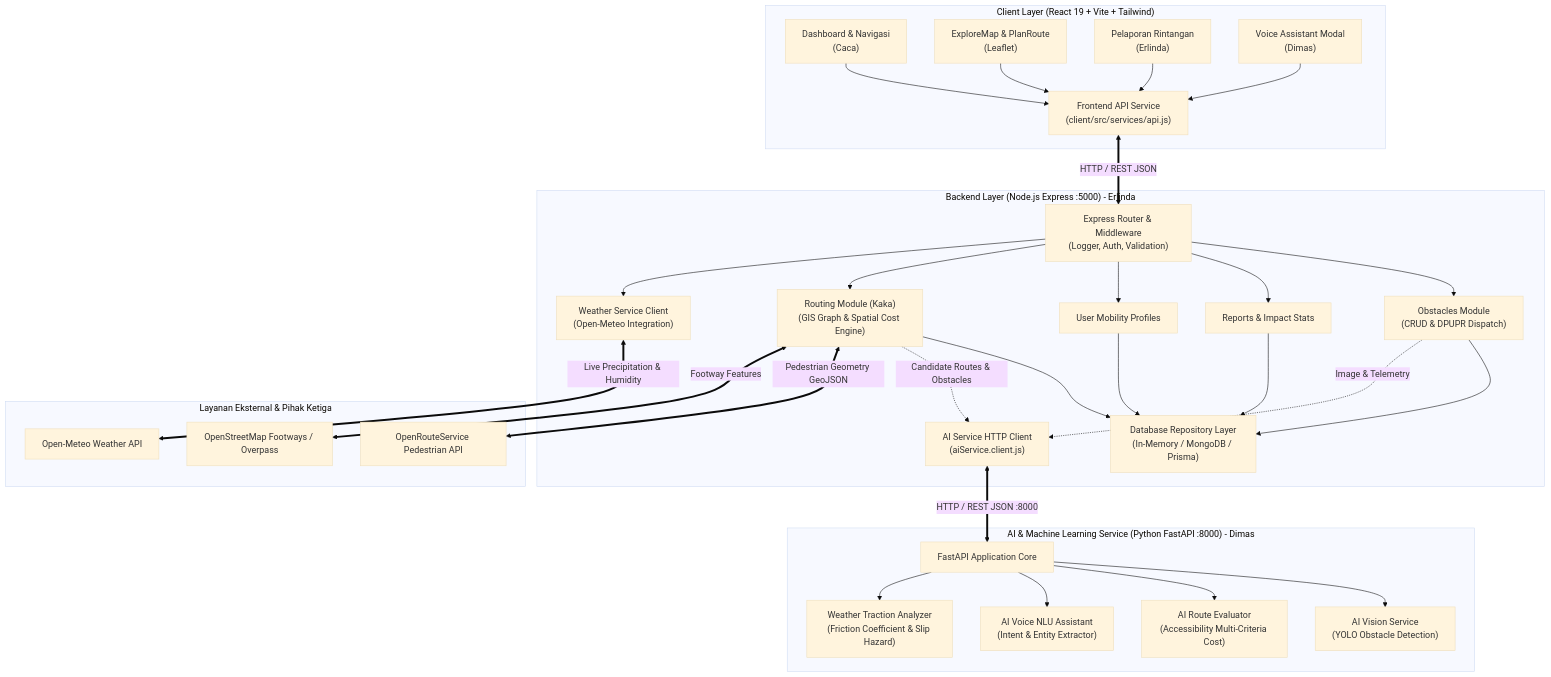
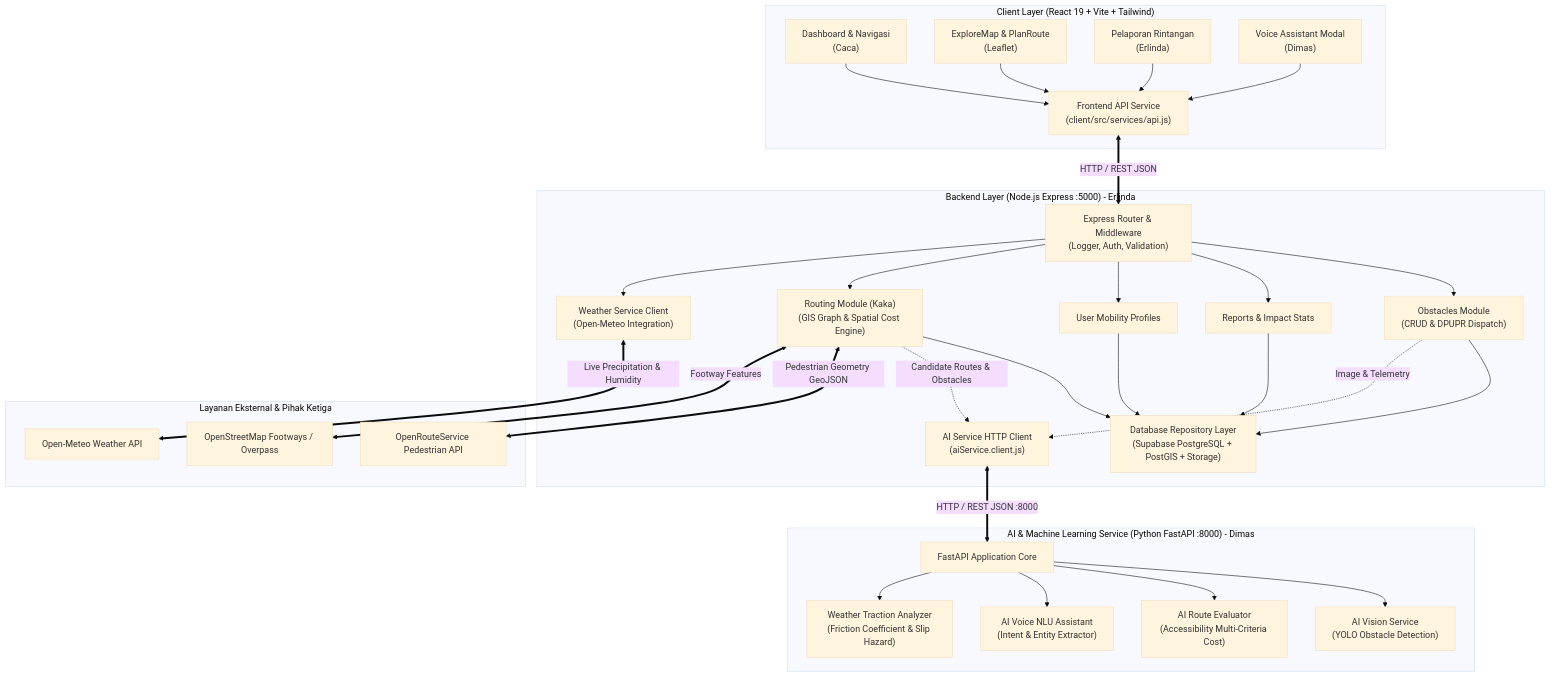
One commit to dimasptrr/logicodix_leluasa changed the first of 2 diagrams in docs/ARCHITECTURE.md. Above: the diagram before and after it, drawn with Mermaid (base theme). The commit also changed other lines of this file and 5 other files, not shown here.

````diff
--- a/docs/ARCHITECTURE.md
+++ b/docs/ARCHITECTURE.md
@@ -9,65 +9,65 @@
 ```mermaid
 flowchart TD
     subgraph CLIENT["Client Layer (React 19 + Vite + Tailwind)"]
         UI_DASH["Dashboard & Navigasi<br/>(Caca)"]
         UI_MAP["ExploreMap & PlanRoute<br/>(Leaflet)"]
         UI_REP["Pelaporan Rintangan<br/>(Erlinda)"]
         UI_VOICE["Voice Assistant Modal<br/>(Dimas)"]
         UI_SRV["Frontend API Service<br/>(client/src/services/api.js)"]
         
         UI_DASH --> UI_SRV
         UI_MAP --> UI_SRV
         UI_REP --> UI_SRV
         UI_VOICE --> UI_SRV
     end
 
     subgraph SERVER["Backend Layer (Node.js Express :5000) - Erlinda"]
         API_GW["Express Router & Middleware<br/>(Logger, Auth, Validation)"]
         MOD_OBS["Obstacles Module<br/>(CRUD & DPUPR Dispatch)"]
         MOD_REP["Reports & Impact Stats"]
         MOD_USER["User Mobility Profiles"]
         MOD_ROUT["Routing Module (Kaka)<br/>(GIS Graph & Spatial Cost Engine)"]
         INT_AI["AI Service HTTP Client<br/>(aiService.client.js)"]
         INT_WTH["Weather Service Client<br/>(Open-Meteo Integration)"]
-        DB_REPO["Database Repository Layer<br/>(In-Memory / MongoDB / Prisma)"]
+        DB_REPO["Database Repository Layer<br/>(Supabase PostgreSQL + PostGIS + Storage)"]
 
         API_GW --> MOD_OBS
         API_GW --> MOD_REP
         API_GW --> MOD_USER
         API_GW --> MOD_ROUT
         API_GW --> INT_WTH
 
         MOD_OBS --> DB_REPO
         MOD_REP --> DB_REPO
         MOD_USER --> DB_REPO
         MOD_ROUT --> DB_REPO
         
         MOD_OBS -.->|Image & Telemetry| INT_AI
         MOD_ROUT -.->|Candidate Routes & Obstacles| INT_AI
     end
 
     subgraph AI_SERVICE["AI & Machine Learning Service (Python FastAPI :8000) - Dimas"]
         FASTAPI["FastAPI Application Core"]
         AI_VIS["AI Vision Service<br/>(YOLO Obstacle Detection)"]
         AI_ROUT["AI Route Evaluator<br/>(Accessibility Multi-Criteria Cost)"]
         AI_VOICE["AI Voice NLU Assistant<br/>(Intent & Entity Extractor)"]
         AI_WTH["Weather Traction Analyzer<br/>(Friction Coefficient & Slip Hazard)"]
 
         FASTAPI --> AI_VIS
         FASTAPI --> AI_ROUT
         FASTAPI --> AI_VOICE
         FASTAPI --> AI_WTH
     end
 
     subgraph EXTERNAL["Layanan Eksternal & Pihak Ketiga"]
         OSM["OpenStreetMap Footways / Overpass"]
         ORS["OpenRouteService Pedestrian API"]
         OPEN_METEO["Open-Meteo Weather API"]
     end
 
     UI_SRV <==>|HTTP / REST JSON| API_GW
     INT_AI <==>|HTTP / REST JSON :8000| FASTAPI
     MOD_ROUT <==>|Pedestrian Geometry GeoJSON| ORS
     MOD_ROUT <==>|Footway Features| OSM
     INT_WTH <==>|Live Precipitation & Humidity| OPEN_METEO
 ```
````
